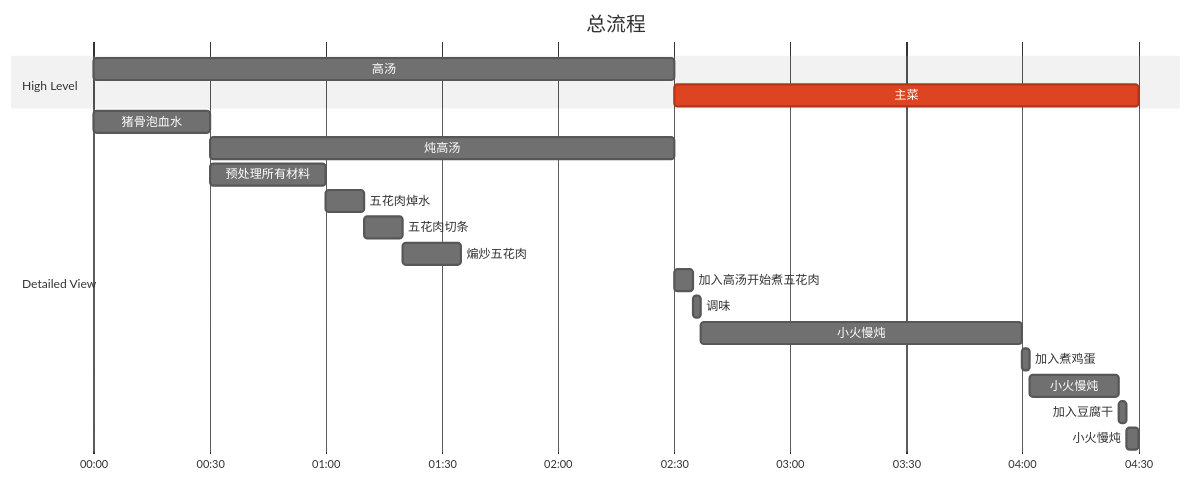
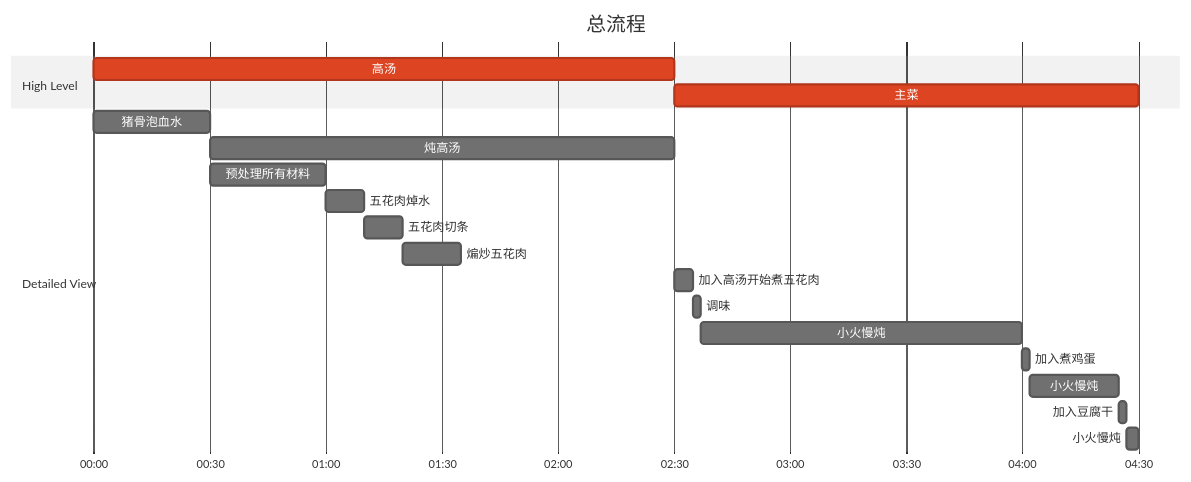
The diagram in source/_posts/台湾卤肉饭.md (JQ-Networks/The-Cookbook), drawn with Mermaid (neutral theme) before and after one commit. The commit also changed other lines of this file and 2 other files, not shown here.

````diff
--- a/source/_posts/台湾卤肉饭.md
+++ b/source/_posts/台湾卤肉饭.md
@@ -50,24 +53,24 @@
 ```mermaid
 gantt
     title 总流程
     dateFormat  HH:mm
     axisFormat %H:%M
     section High Level
-    高汤              :a, 00:00, 2.5h
+    高汤              :crit, a, 00:00, 2.5h
     主菜              :crit, b, after a, 2h
     section Detailed View
     猪骨泡血水         :a1, 00:00, 0.5h
     炖高汤            :a2, after a1, 2h
     预处理所有材料      :b1, 00:30, 0.5h
     五花肉焯水          :b2, after b1, 10m
     五花肉切条          :b3, after b2, 10m
     煸炒五花肉          :b4, after b3, 15m
 
     加入高汤开始煮五花肉  :b5, after b4 a2, 5m
     调味                :b6, after b5, 2m
     小火慢炖             :b7, after b6, 83m
     加入煮鸡蛋           :b8, after b7, 2m
     小火慢炖             :b9, after b8, 23m
     加入豆腐干           :b10, after b9, 2m
     小火慢炖             :b11, after b10, 3m
 ```
````
